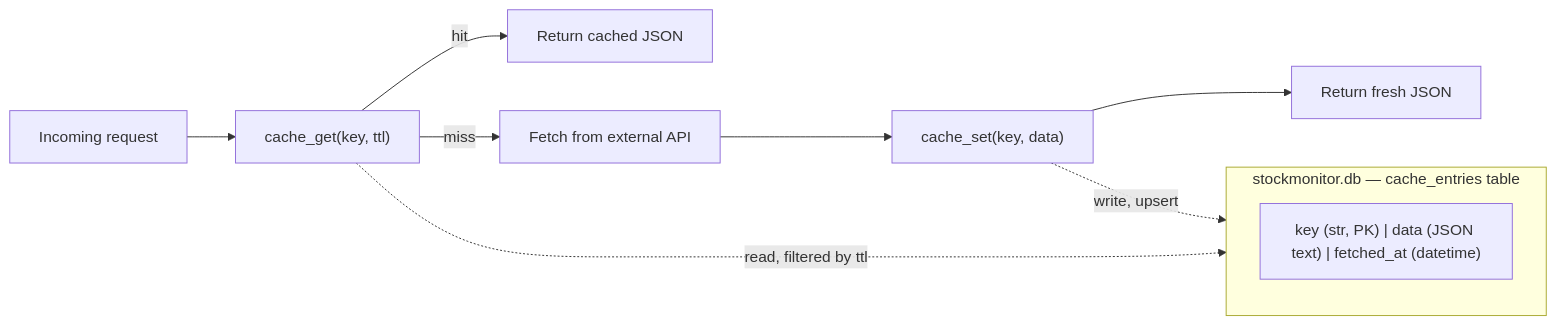
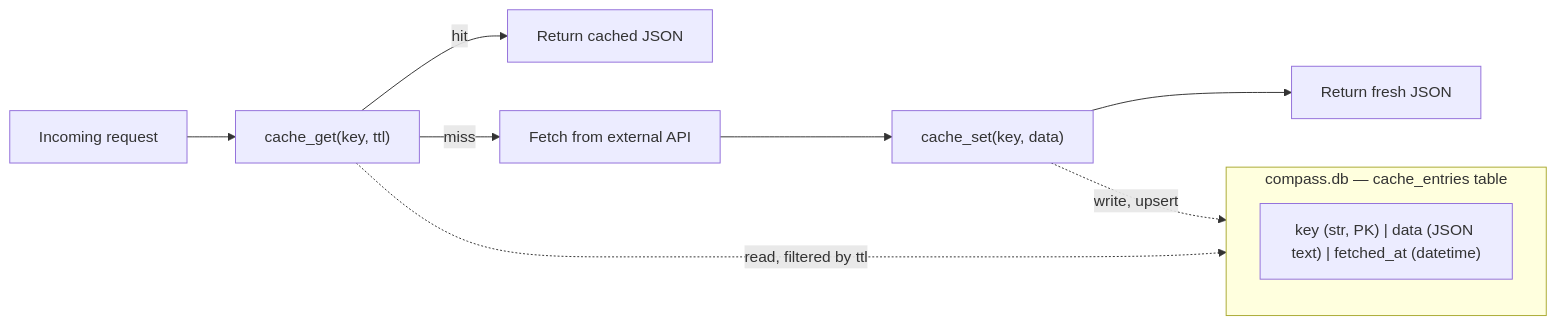
Before and after one commit to rcoder29/Compass: diagram 11 of 11 in ARCHITECTURE.md, drawn with Mermaid. The commit also changed other lines of this file and 20 other files, not shown here.

````diff
--- a/ARCHITECTURE.md
+++ b/ARCHITECTURE.md
@@ -403,14 +403,14 @@
 ```mermaid
 flowchart LR
     req["Incoming request"] --> cg["cache_get(key, ttl)"]
     cg -->|hit| resp["Return cached JSON"]
     cg -->|miss| fetch["Fetch from external API"]
     fetch --> cs["cache_set(key, data)"]
     cs --> resp2["Return fresh JSON"]
 
-    subgraph SQLite["stockmonitor.db — cache_entries table"]
+    subgraph SQLite["compass.db — cache_entries table"]
         rows["key (str, PK) | data (JSON text) | fetched_at (datetime)"]
     end
     cg -.->|read, filtered by ttl| SQLite
     cs -.->|write, upsert| SQLite
 ```
````
